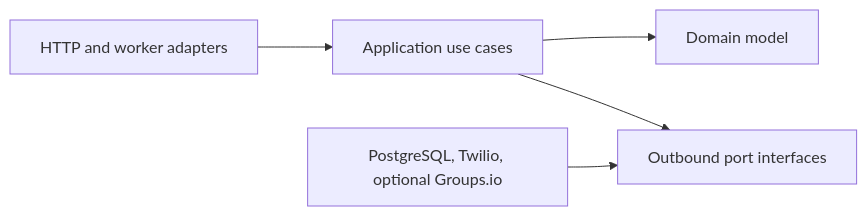
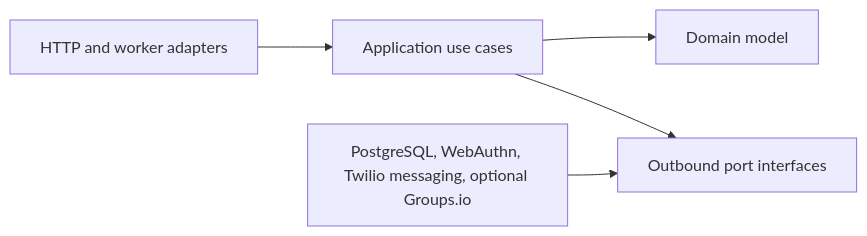
One commit to BennettSmith/T900TreeLot changed the second of 2 diagrams in docs/architecture.md. Above: the diagram before and after it, drawn with Mermaid. The commit also changed other lines of this file and 23 other files, not shown here.

````diff
--- a/docs/architecture.md
+++ b/docs/architecture.md
@@ -145,7 +147,7 @@
 ```mermaid
 flowchart LR
     Inbound[HTTP and worker adapters] --> Application[Application use cases]
     Application --> Domain[Domain model]
     Application --> Ports[Outbound port interfaces]
-    Adapters[PostgreSQL, Twilio, optional Groups.io] --> Ports
+    Adapters[PostgreSQL, WebAuthn, Twilio messaging, optional Groups.io] --> Ports
 ```
````
